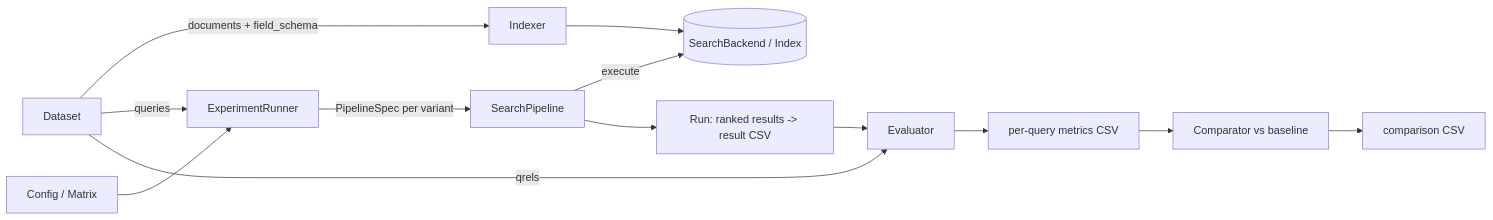
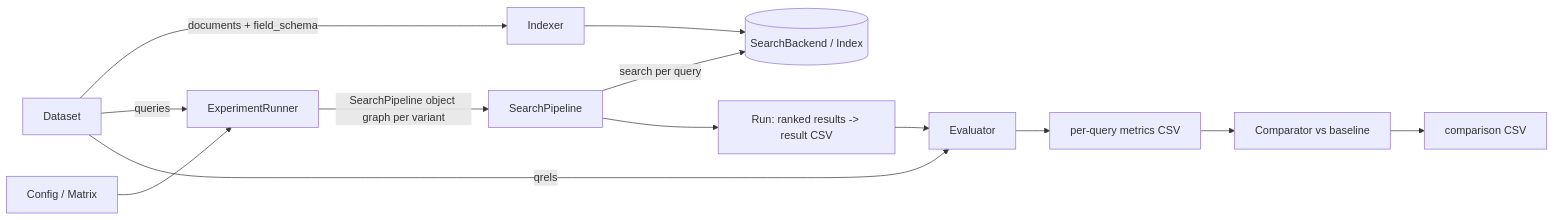
The first of 4 diagrams in docs/experiment.md (TensorOpt/search-rag-evaluation), drawn with Mermaid before and after one commit. The commit also changed other lines of this file and 10 other files, not shown here.

````diff
--- a/docs/experiment.md
+++ b/docs/experiment.md
@@ -43,15 +43,15 @@
 ```mermaid
 flowchart LR
   DS[Dataset] -->|documents + field_schema| IDX[Indexer]
   IDX --> BK[(SearchBackend / Index)]
   DS -->|queries| HARNESS[ExperimentRunner]
   CFG[Config / Matrix] --> HARNESS
-  HARNESS -->|PipelineSpec per variant| PIPE[SearchPipeline]
-  PIPE -->|execute| BK
+  HARNESS -->|SearchPipeline object graph per variant| PIPE[SearchPipeline]
+  PIPE -->|search per query| BK
   PIPE --> RUN[Run: ranked results -> result CSV]
   DS -->|qrels| EVAL[Evaluator]
   RUN --> EVAL
   EVAL --> M[per-query metrics CSV]
   M --> CMP[Comparator vs baseline]
   CMP --> C[comparison CSV]
 ```
````
